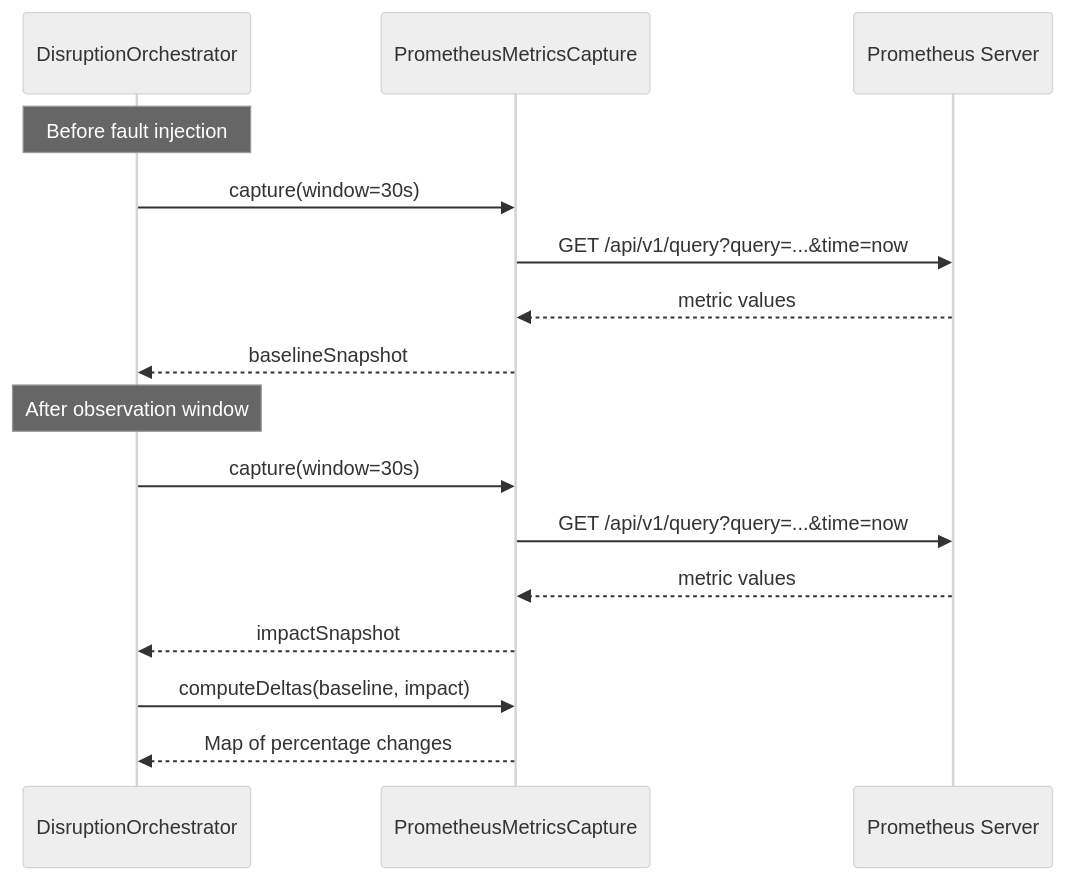
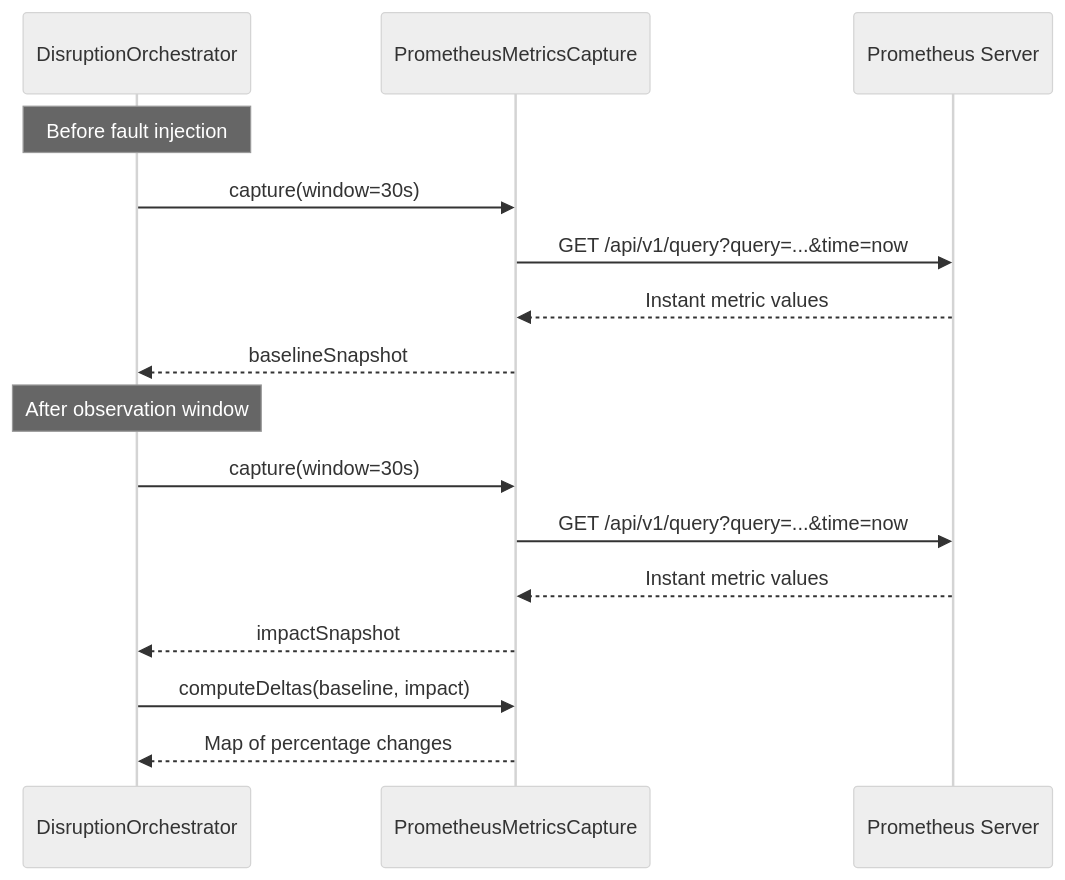
One commit to actions-marketplace-validations/bmscomp_kates changed the diagram in kates/docs/observability.md. Above: the diagram before and after it, drawn with Mermaid (neutral theme). The commit also changed other lines of this file and 10 other files, not shown here.

````diff
--- a/kates/docs/observability.md
+++ b/kates/docs/observability.md
@@ -36,21 +36,21 @@
 ```mermaid
 sequenceDiagram
     participant Orchestrator as DisruptionOrchestrator
     participant Prom as PrometheusMetricsCapture
     participant Server as Prometheus Server
 
     Note over Orchestrator: Before fault injection
     Orchestrator->>Prom: capture(window=30s)
     Prom->>Server: GET /api/v1/query?query=...&time=now
-    Server-->>Prom: metric values
+    Server-->>Prom: Instant metric values
     Prom-->>Orchestrator: baselineSnapshot
 
     Note over Orchestrator: After observation window
     Orchestrator->>Prom: capture(window=30s)
     Prom->>Server: GET /api/v1/query?query=...&time=now
-    Server-->>Prom: metric values
+    Server-->>Prom: Instant metric values
     Prom-->>Orchestrator: impactSnapshot
 
     Orchestrator->>Prom: computeDeltas(baseline, impact)
     Prom-->>Orchestrator: Map of percentage changes
 ```
````
